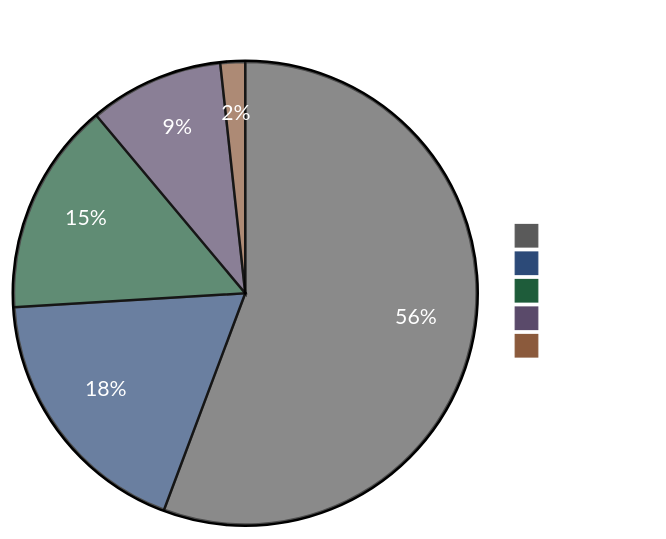
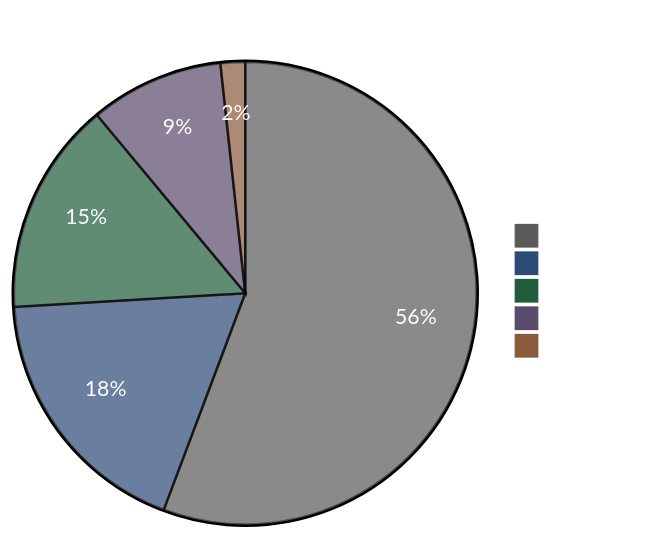
Before and after one commit to ccmeteorljh/reco-arxiv-daily: the diagram in README.md, drawn with Mermaid. The commit also changed other lines of this file and 7 other files, not shown here.

````diff
--- a/README.md
+++ b/README.md
@@ -6,19 +6,19 @@
 ```mermaid
 %%{init: {'theme':'base', 'themeVariables': {
   'pie1':'#5a5a5a',
   'pie2':'#2c4a78',
   'pie3':'#1e5c3a',
   'pie4':'#5a4a6a',
   'pie5':'#8b5a3c',
   'pieTitleTextColor':'#ffffff',
   'pieSectionTextColor':'#ffffff',
   'pieLegendTextColor':'#ffffff'
 }}}%%
 pie showData
 title Paper Distribution by Tag
-  "Other" : 678
-  "LLM" : 223
-  "GR" : 181
+  "Other" : 681
+  "LLM" : 224
+  "GR" : 182
   "Seq" : 114
   "Scaling" : 21
 ```
````
